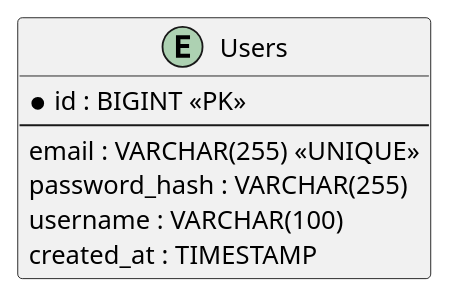
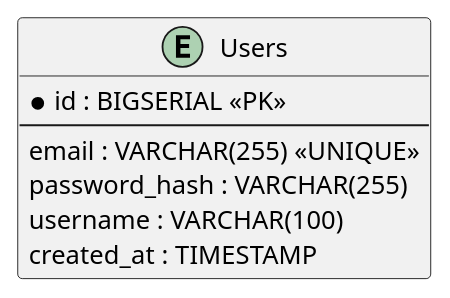
Before and after one commit to hutaoying/auth-demo: the second of 12 diagrams in doc/Technical Design Document.md, drawn with PlantUML. The commit also changed other lines of this file and 25 other files, not shown here.

````diff
--- a/doc/Technical Design Document.md
+++ b/doc/Technical Design Document.md
@@ -57,12 +65,12 @@
 ```plantuml
 @startuml
 entity "Users" {
-  * id : BIGINT <<PK>>
+  * id : BIGSERIAL <<PK>>
   --
   email : VARCHAR(255) <<UNIQUE>>
   password_hash : VARCHAR(255)
   username : VARCHAR(100)
   created_at : TIMESTAMP
 }
 @enduml
 ```
````
